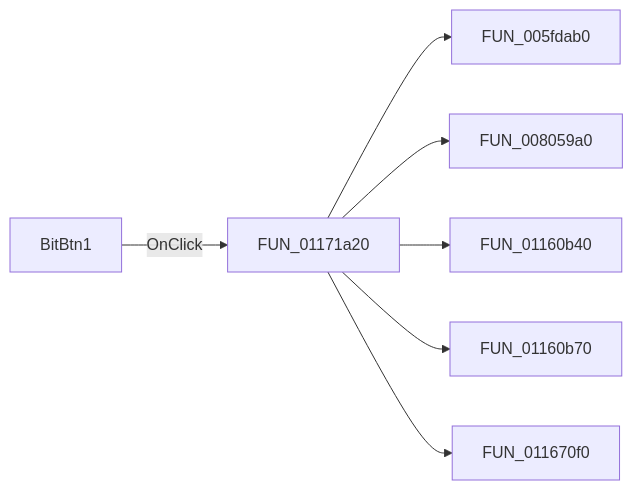
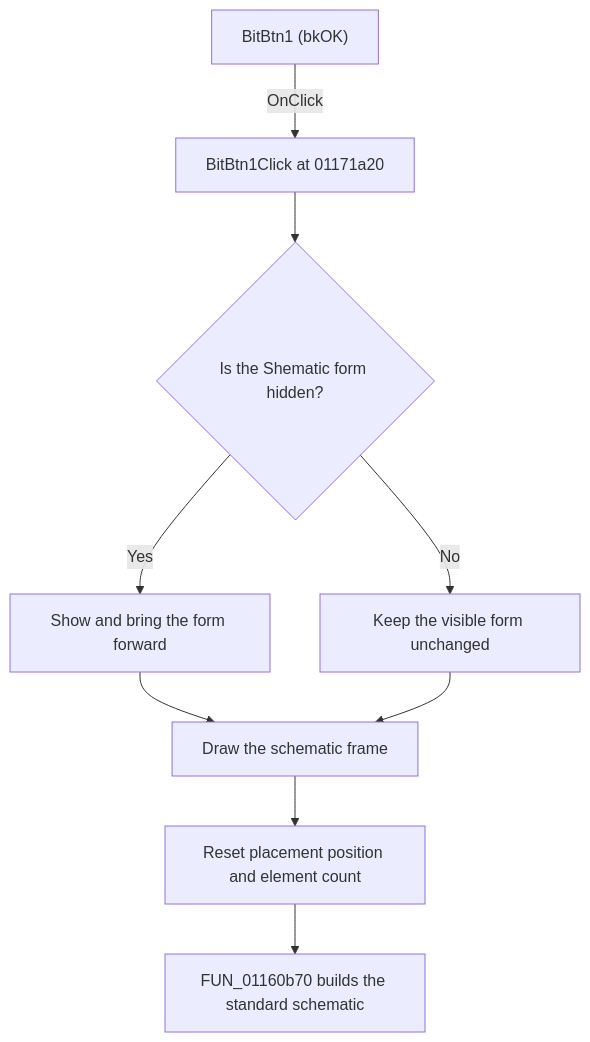
The diagram in docs/ui-controls/screen-form1/bitbtn1-1e57a40d71.md (MovGP0/TIARA), drawn with Mermaid before and after one commit. The commit also changed other lines of this file and 1062 other files, not shown here.

````diff
--- a/docs/ui-controls/screen-form1/bitbtn1-1e57a40d71.md
+++ b/docs/ui-controls/screen-form1/bitbtn1-1e57a40d71.md
@@ -27,9 +29,11 @@
 ```mermaid
-flowchart LR
-    control["BitBtn1"] -->|OnClick| handler["FUN_01171a20"]
-    handler --> call1["FUN_005fdab0"]
-    handler --> call2["FUN_008059a0"]
-    handler --> call3["FUN_01160b40"]
-    handler --> call4["FUN_01160b70"]
-    handler --> call5["FUN_011670f0"]
+flowchart TD
+    control["BitBtn1 (bkOK)"] -->|OnClick| handler["BitBtn1Click at 01171a20"]
+    handler --> visibility{"Is the Shematic form hidden?"}
+    visibility -->|Yes| show["Show and bring the form forward"]
+    visibility -->|No| active["Keep the visible form unchanged"]
+    show --> frame["Draw the schematic frame"]
+    active --> frame
+    frame --> reset["Reset placement position and element count"]
+    reset --> build["FUN_01160b70 builds the standard schematic"]
 ```
````
